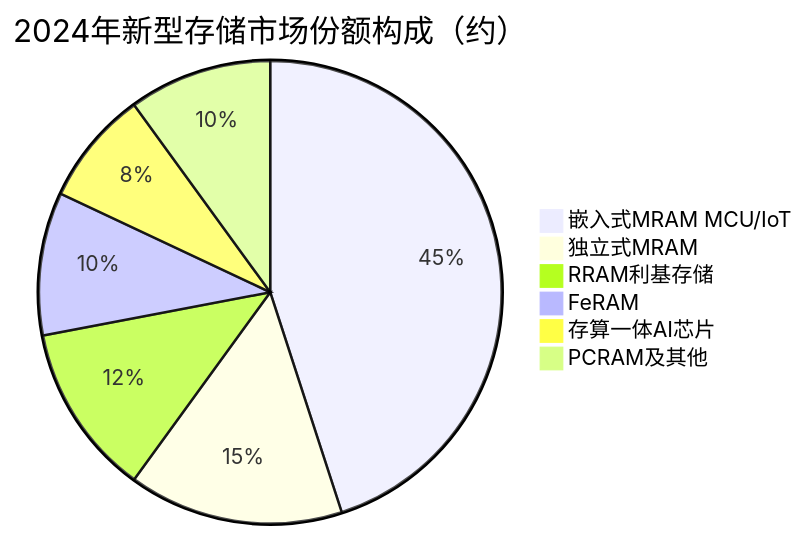
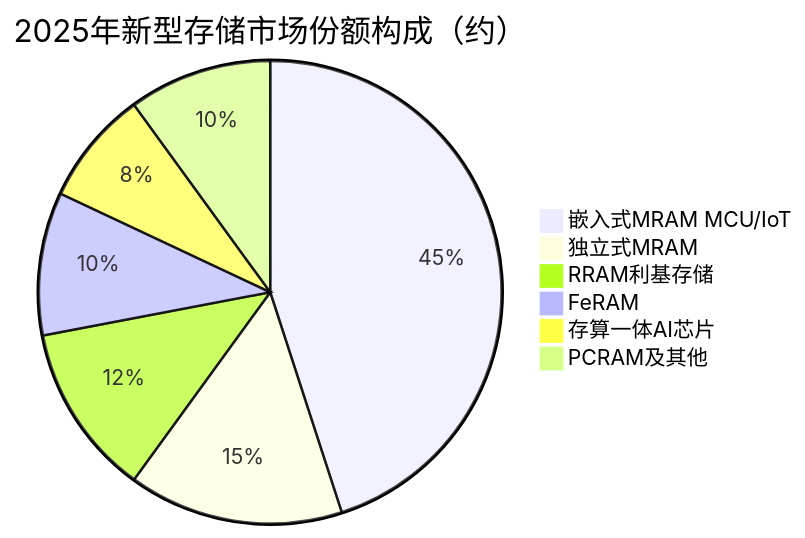
The third of 3 diagrams in AI产业链/中游/存储芯片/新型存储.md (blueprint1453/industry-insight), drawn with Mermaid before and after one commit. The commit also changed other lines of this file and 78 other files, not shown here.

````diff
--- a/AI产业链/中游/存储芯片/新型存储.md
+++ b/AI产业链/中游/存储芯片/新型存储.md
@@ -114,9 +114,9 @@
 ```mermaid
-pie title 2024年新型存储市场份额构成（约）
+pie title 2025年新型存储市场份额构成（约）
     "嵌入式MRAM MCU/IoT" : 45
     "独立式MRAM" : 15
     "RRAM利基存储" : 12
     "FeRAM" : 10
     "存算一体AI芯片" : 8
     "PCRAM及其他" : 10
 ```
````
